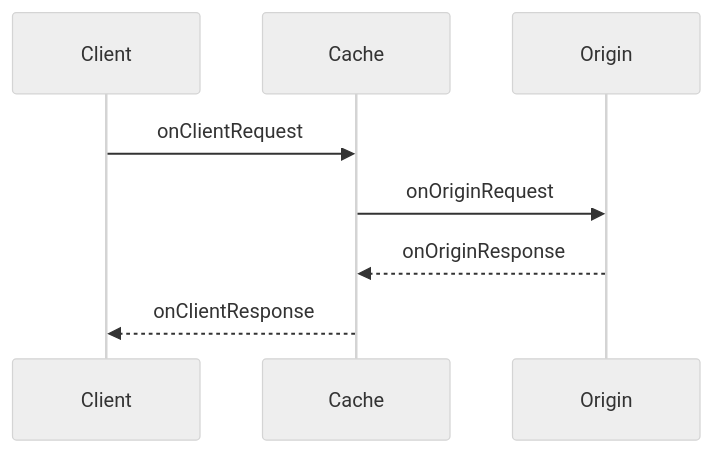
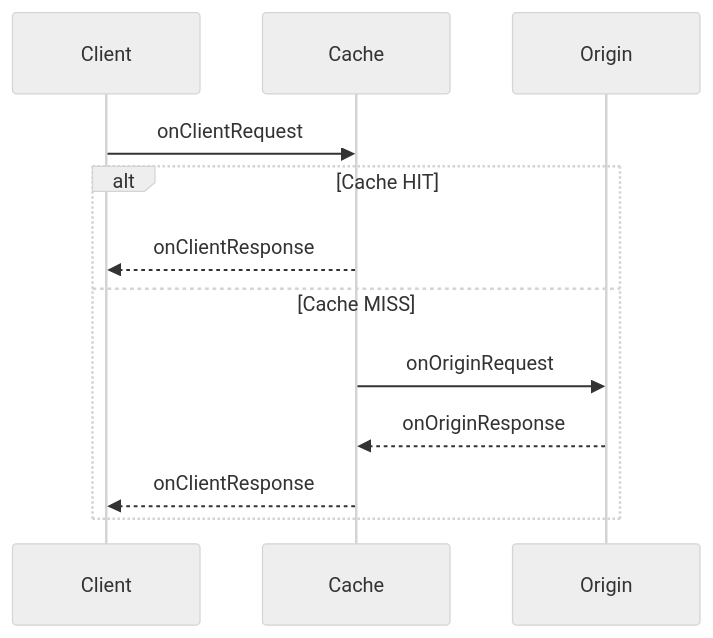
Before and after one commit to BunnyWay/documentation: the diagram in scripting/middleware/overview.mdx, drawn with Mermaid (neutral theme). The commit also changed other lines of this file and 3 other files, not shown here.

````diff
--- a/scripting/middleware/overview.mdx
+++ b/scripting/middleware/overview.mdx
@@ -175,11 +195,15 @@
 ```mermaid
 sequenceDiagram
     participant Client
     participant Cache
     participant Origin
 
     Client->>Cache: onClientRequest
-    Cache->>Origin: onOriginRequest
-    Origin-->>Cache: onOriginResponse
-    Cache-->>Client: onClientResponse
+    alt Cache HIT
+        Cache-->>Client: onClientResponse
+    else Cache MISS
+        Cache->>Origin: onOriginRequest
+        Origin-->>Cache: onOriginResponse
+        Cache-->>Client: onClientResponse
+    end
 ```
````
